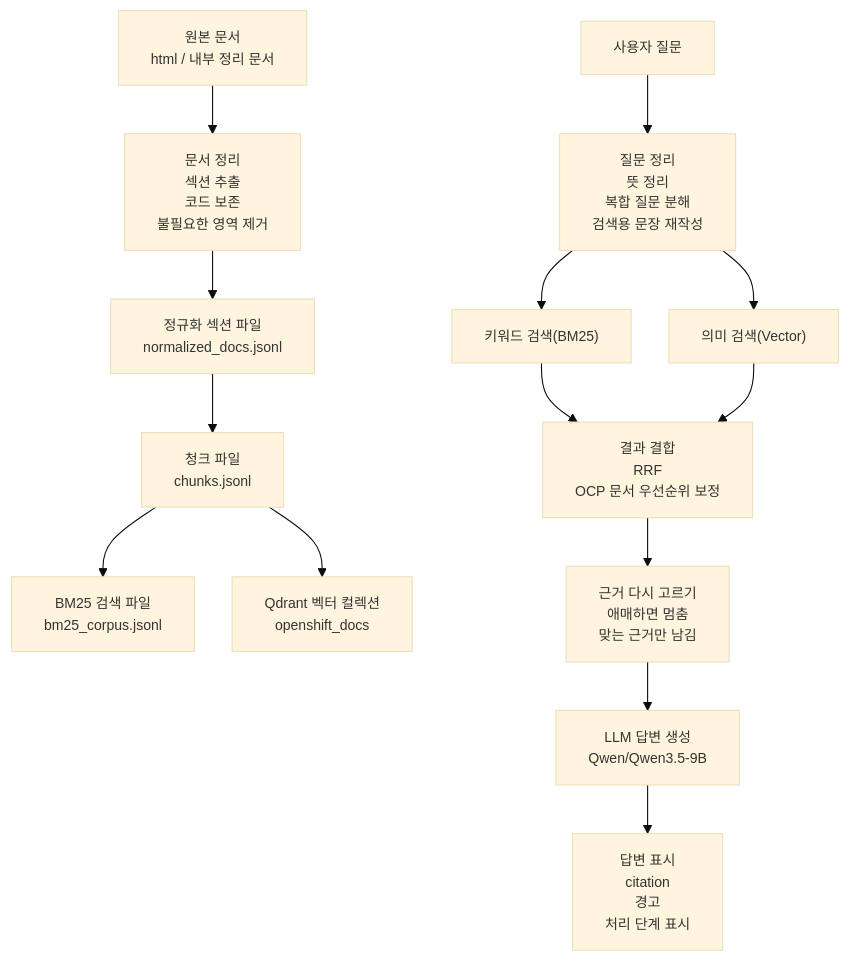
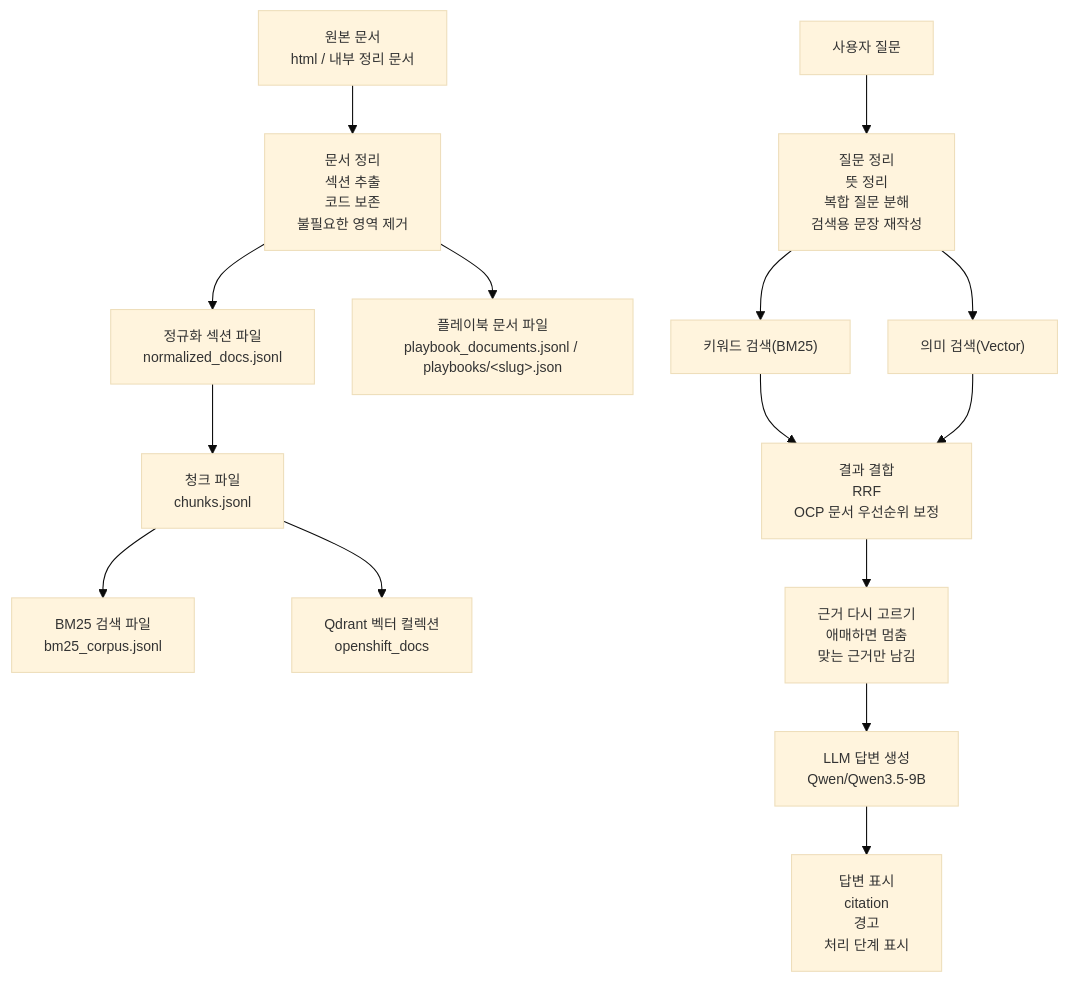
The diagram in README.md (souluk319/ocp-rag-chatbot), drawn with Mermaid before and after one commit. The commit also changed other lines of this file and 53 other files, not shown here.

````diff
--- a/README.md
+++ b/README.md
@@ -211,17 +220,18 @@
 ```mermaid
 %%{init: {'theme': 'base', 'themeVariables': {'fontSize': '13px'}, 'flowchart': {'htmlLabels': true, 'nodeSpacing': 35, 'rankSpacing': 45}} }%%
 flowchart TD
     A["원본 문서<br/>html / 내부 정리 문서"] --> B["문서 정리<br/>섹션 추출<br/>코드 보존<br/>불필요한 영역 제거"]
     B --> C["정규화 섹션 파일<br/>normalized_docs.jsonl"]
+    B --> C2["플레이북 문서 파일<br/>playbook_documents.jsonl / playbooks/&lt;slug&gt;.json"]
     C --> D["청크 파일<br/>chunks.jsonl"]
     D --> E["BM25 검색 파일<br/>bm25_corpus.jsonl"]
     D --> F["Qdrant 벡터 컬렉션<br/>openshift_docs"]
     G["사용자 질문"] --> H["질문 정리<br/>뜻 정리<br/>복합 질문 분해<br/>검색용 문장 재작성"]
     H --> I["키워드 검색(BM25)"]
     H --> J["의미 검색(Vector)"]
     I --> K["결과 결합<br/>RRF<br/>OCP 문서 우선순위 보정"]
     J --> K
     K --> L["근거 다시 고르기<br/>애매하면 멈춤<br/>맞는 근거만 남김"]
     L --> M["LLM 답변 생성<br/>Qwen/Qwen3.5-9B"]
     M --> N["답변 표시<br/>citation<br/>경고<br/>처리 단계 표시"]
 ```
````
